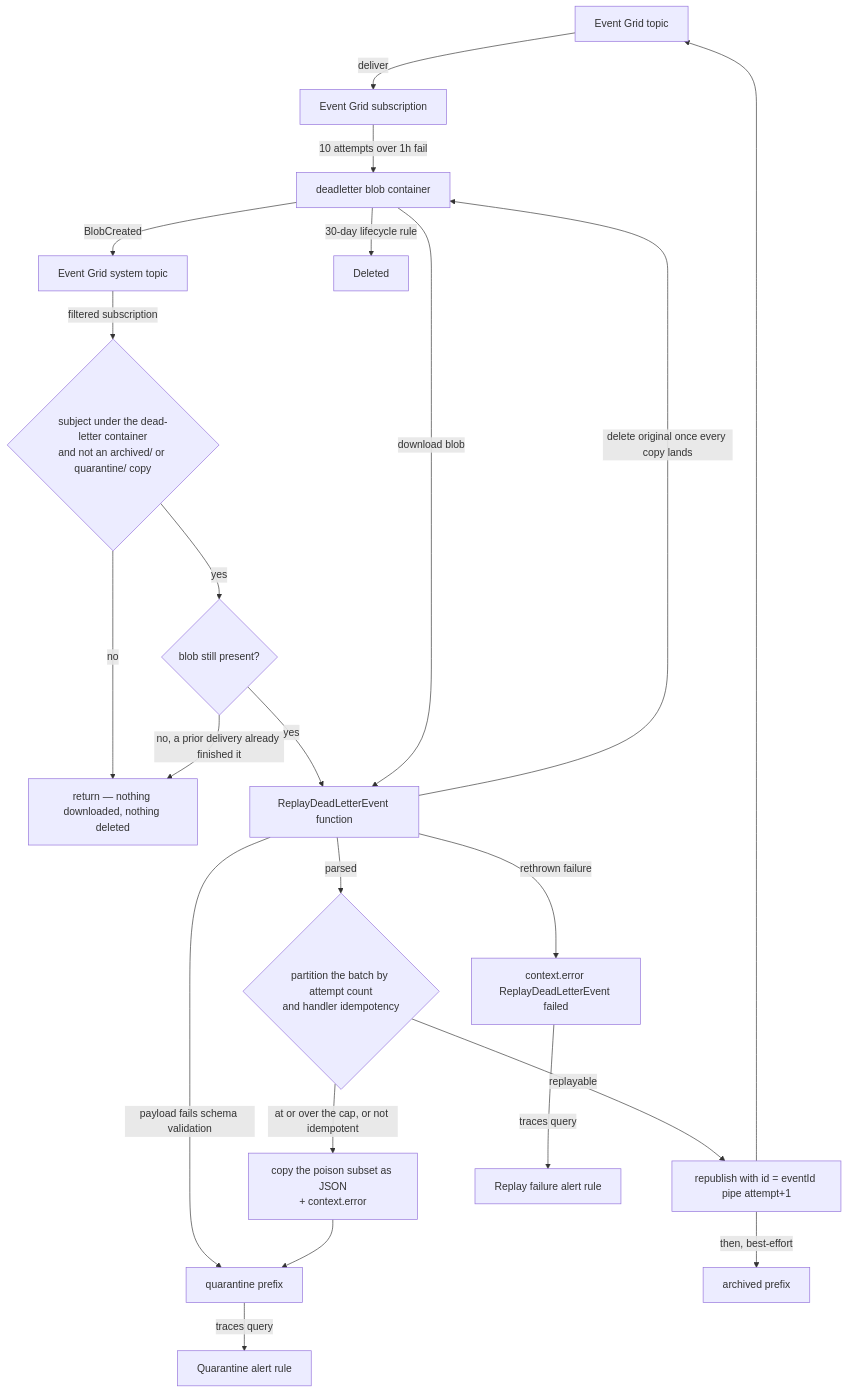
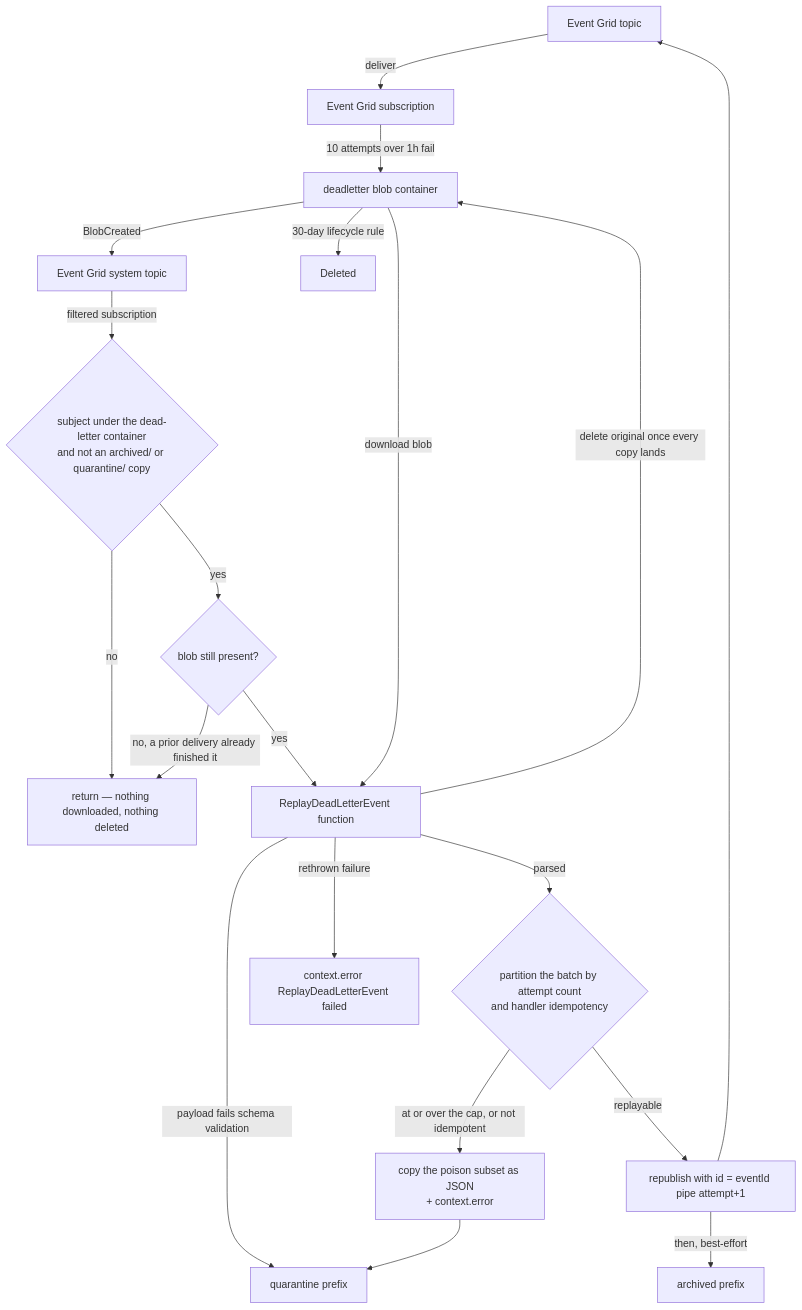
The first of 2 diagrams in packages/app/content/docs/infra/eventgrid-dead-letter.md (Esposter/Esposter), drawn with Mermaid before and after one commit. The commit also changed other lines of this file and 13 other files, not shown here.

````diff
--- a/packages/app/content/docs/infra/eventgrid-dead-letter.md
+++ b/packages/app/content/docs/infra/eventgrid-dead-letter.md
@@ -44,24 +44,22 @@
 ```mermaid
 flowchart TD
   topic[Event Grid topic] -->|deliver| sub[Event Grid subscription]
   sub -->|10 attempts over 1h fail| dead[deadletter blob container]
   dead -->|BlobCreated| egst[Event Grid system topic]
   egst -->|filtered subscription| guard{"subject under the dead-letter container<br/>and not an archived/ or quarantine/ copy"}
   guard -->|no| ignored["return — nothing downloaded, nothing deleted"]
   guard -->|yes| exists{"blob still present?"}
   exists -->|no, a prior delivery already finished it| ignored
   exists -->|yes| fn[ReplayDeadLetterEvent function]
   dead -->|download blob| fn
   fn -->|payload fails schema validation| quarantine[quarantine prefix]
   fn -->|parsed| split{"partition the batch by attempt count<br/>and handler idempotency"}
   split -->|at or over the cap, or not idempotent| poison["copy the poison subset as JSON<br/>+ context.error"]
   poison --> quarantine
   split -->|replayable| republish["republish with id = eventId pipe attempt+1"]
   republish --> topic
   republish -->|then, best-effort| archived[archived prefix]
-  quarantine -->|traces query| alert[Quarantine alert rule]
   fn -->|rethrown failure| failed["context.error ReplayDeadLetterEvent failed"]
-  failed -->|traces query| failedAlert[Replay failure alert rule]
   fn -->|delete original once every copy lands| dead
   dead -->|30-day lifecycle rule| gone[Deleted]
 ```
````
